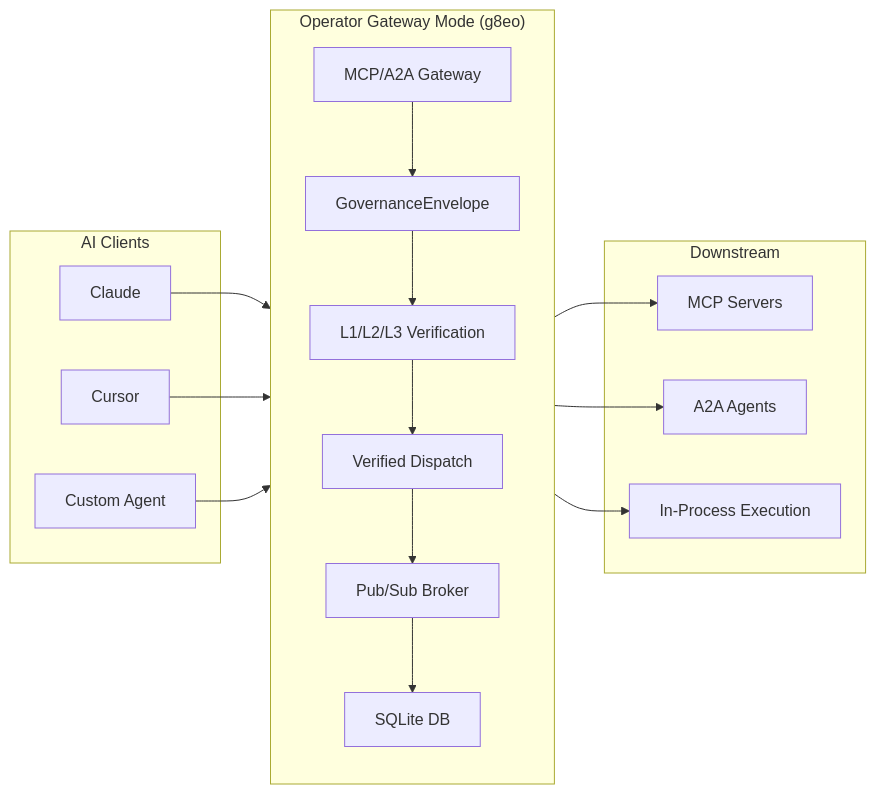
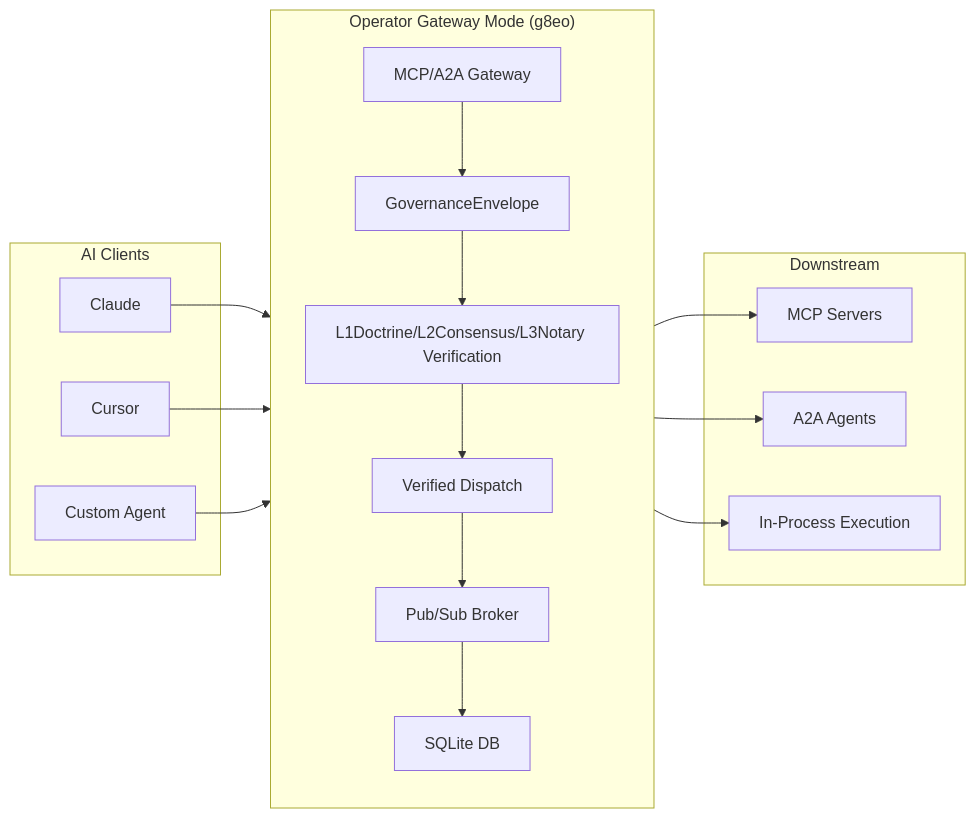
Before and after one commit to g8e-ai/g8e: the diagram in docs/protocols/mcp_a2a_gateway.md, drawn with Mermaid. The commit also changed other lines of this file and 43 other files, not shown here.

````diff
--- a/docs/protocols/mcp_a2a_gateway.md
+++ b/docs/protocols/mcp_a2a_gateway.md
@@ -19,38 +19,38 @@
 ```mermaid
 flowchart LR
     subgraph Clients ["AI Clients"]
         Claude["Claude"]
         Cursor["Cursor"]
         Custom["Custom Agent"]
     end
 
     subgraph Gateway ["Operator Gateway Mode (g8eo)"]
         direction TB
         MCP["MCP/A2A Gateway"]
         Envelope["GovernanceEnvelope"]
-        Verify["L1/L2/L3 Verification"]
+        Verify["L1Doctrine/L2Consensus/L3Notary Verification"]
         Dispatch["Verified Dispatch"]
         PubSub["Pub/Sub Broker"]
         DB["SQLite DB"]
 
         MCP --> Envelope
         Envelope --> Verify
         Verify --> Dispatch
         Dispatch --> PubSub
         PubSub --> DB
     end
 
     subgraph Downstream ["Downstream"]
         MCP_Servers["MCP Servers"]
         A2A_Agents["A2A Agents"]
         LocalExec["In-Process Execution"]
     end
 
     Claude --> MCP
     Cursor --> MCP
     Custom --> MCP
 
     Dispatch --> MCP_Servers
     Dispatch --> A2A_Agents
     Dispatch --> LocalExec
 ```
````
